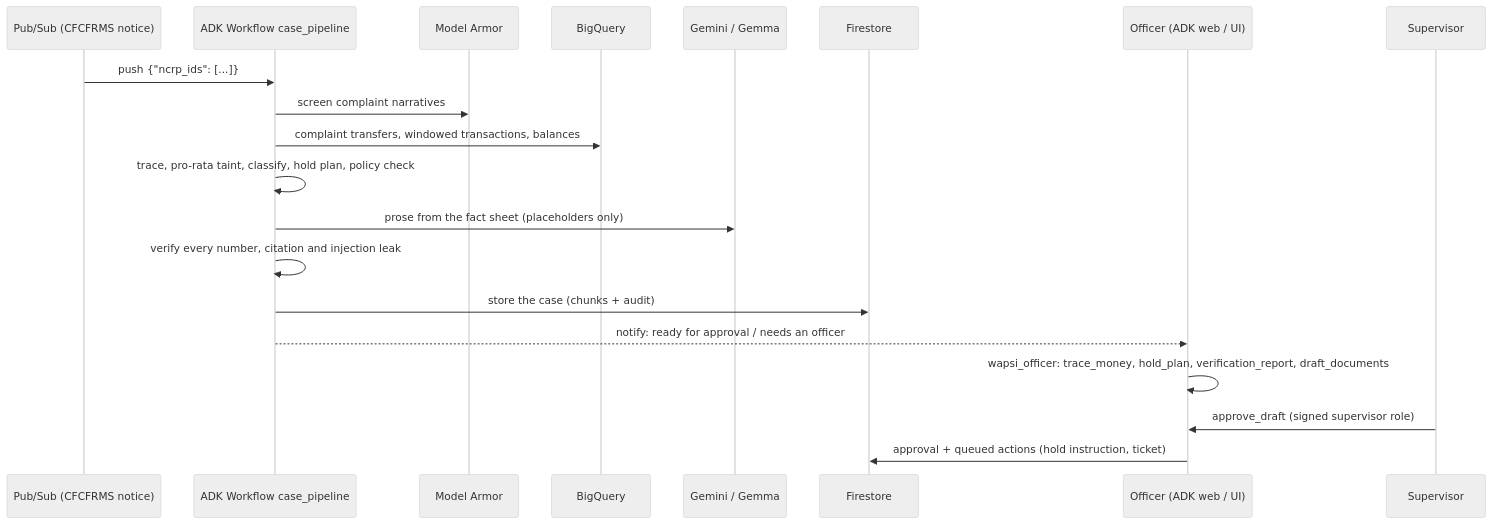
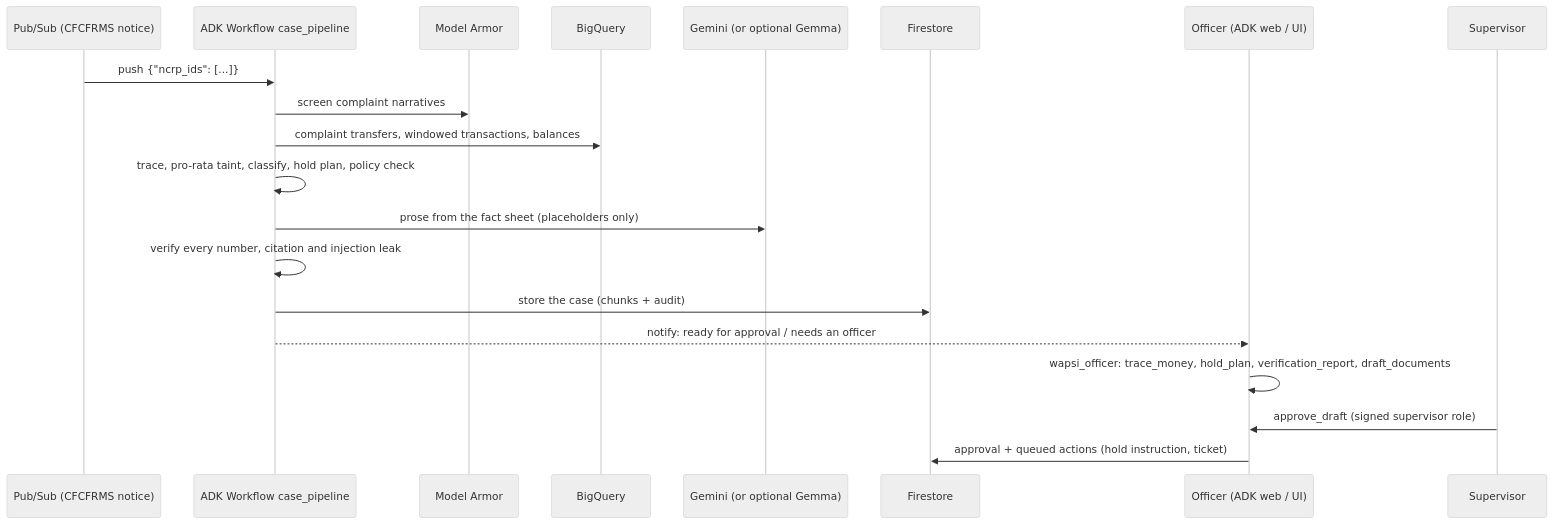
Before and after one commit to GODOSTROYER/wapsi: the second of 2 diagrams in editions/gcp/architecture.md, drawn with Mermaid (neutral theme). The commit also changed other lines of this file and 41 other files, not shown here.

````diff
--- a/editions/gcp/architecture.md
+++ b/editions/gcp/architecture.md
@@ -99,22 +105,22 @@
 ```mermaid
 sequenceDiagram
   participant PS as Pub/Sub (CFCFRMS notice)
   participant WF as ADK Workflow case_pipeline
   participant MA as Model Armor
   participant BQ as BigQuery
-  participant G as Gemini / Gemma
+  participant G as Gemini (or optional Gemma)
   participant FS as Firestore
   participant O as Officer (ADK web / UI)
   participant S as Supervisor
   PS->>WF: push {"ncrp_ids": [...]}
   WF->>MA: screen complaint narratives
   WF->>BQ: complaint transfers, windowed transactions, balances
   WF->>WF: trace, pro-rata taint, classify, hold plan, policy check
   WF->>G: prose from the fact sheet (placeholders only)
   WF->>WF: verify every number, citation and injection leak
   WF->>FS: store the case (chunks + audit)
   WF-->>O: notify: ready for approval / needs an officer
   O->>O: wapsi_officer: trace_money, hold_plan, verification_report, draft_documents
   S->>O: approve_draft (signed supervisor role)
   O->>FS: approval + queued actions (hold instruction, ticket)
 ```
````
